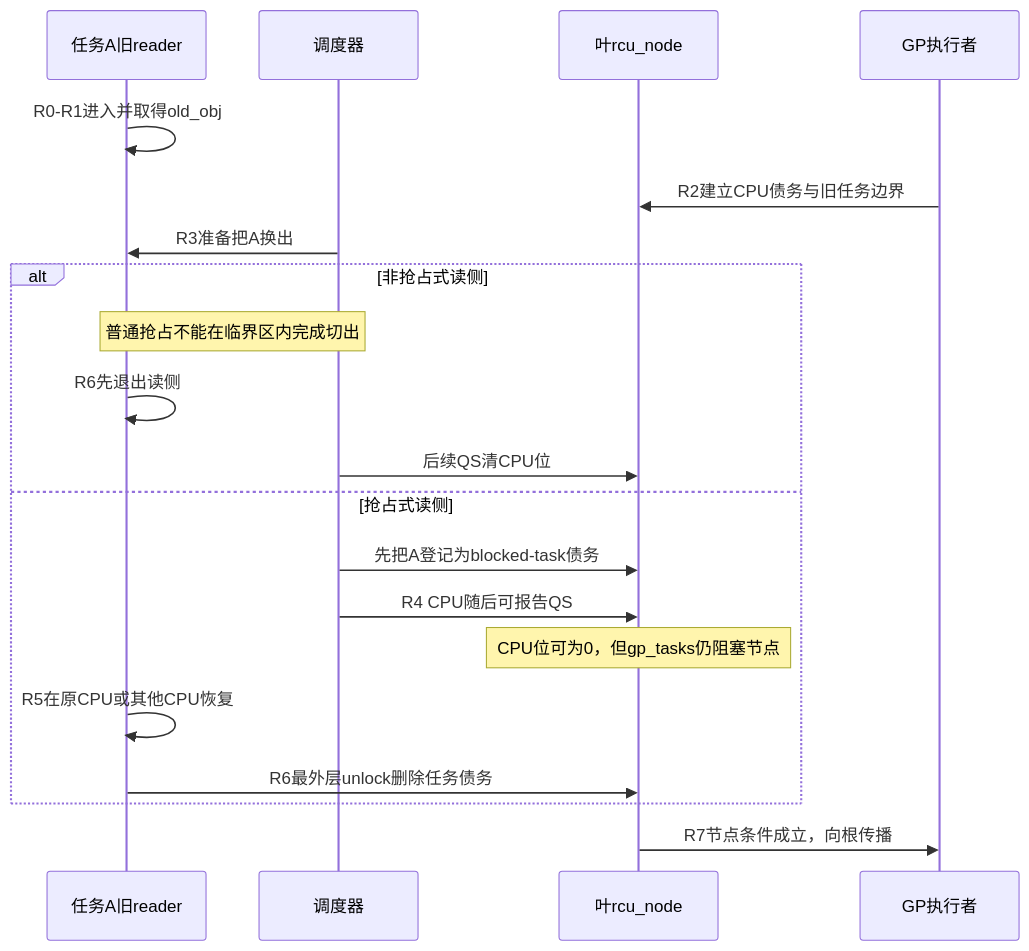
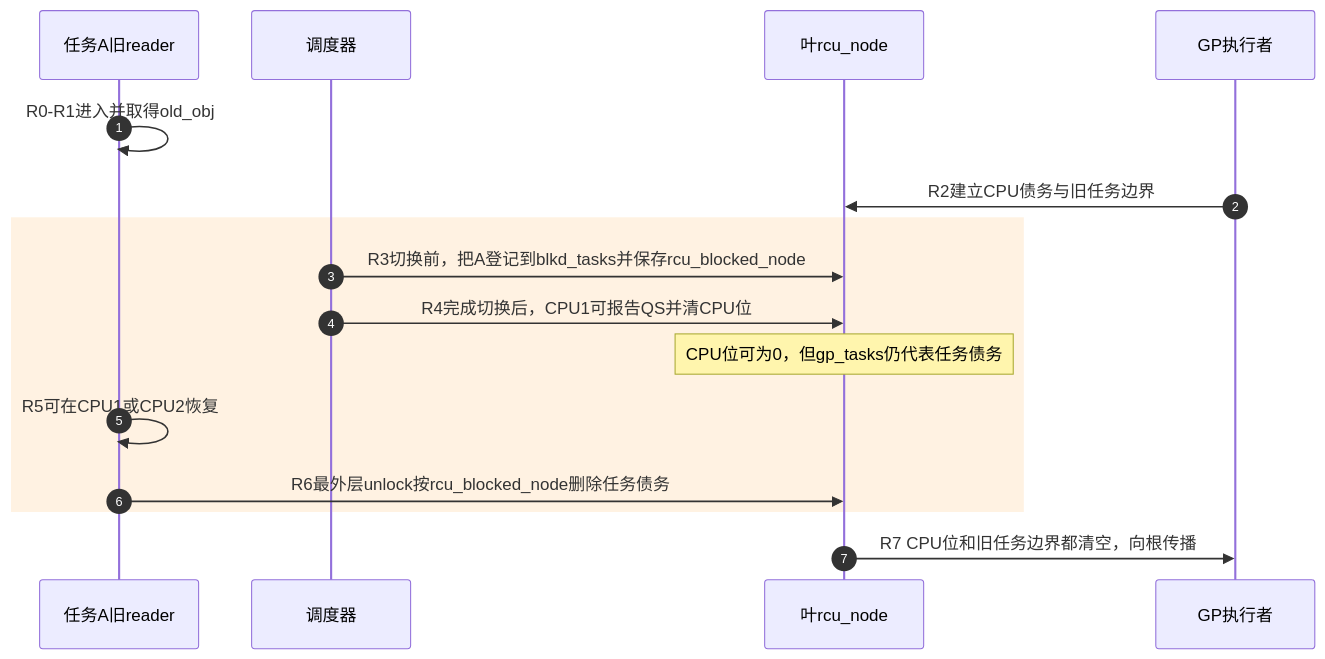
The third of 3 diagrams in knowledge/linux/synchronization_and_asynchrony/synchronization/rcu/P06_Tree_RCU_读侧执行模型与配置差异.md (FormingSystem/linux_note), drawn with Mermaid before and after one commit. The commit also changed other lines of this file and 2 other files, not shown here.

````diff
--- a/knowledge/linux/synchronization_and_asynchrony/synchronization/rcu/P06_Tree_RCU_读侧执行模型与配置差异.md
+++ b/knowledge/linux/synchronization_and_asynchrony/synchronization/rcu/P06_Tree_RCU_读侧执行模型与配置差异.md
@@ -149,23 +232,19 @@
 ```mermaid
 sequenceDiagram
+    autonumber
     participant A as 任务A旧reader
     participant S as 调度器
     participant N as 叶rcu_node
     participant G as GP执行者
 
     A->>A: R0-R1进入并取得old_obj
     G->>N: R2建立CPU债务与旧任务边界
-    S->>A: R3准备把A换出
-    alt 非抢占式读侧
-        Note over S,A: 普通抢占不能在临界区内完成切出
-        A->>A: R6先退出读侧
-        S->>N: 后续QS清CPU位
-    else 抢占式读侧
-        S->>N: 先把A登记为blocked-task债务
-        S->>N: R4 CPU随后可报告QS
-        Note over N: CPU位可为0，但gp_tasks仍阻塞节点
-        A->>A: R5在原CPU或其他CPU恢复
-        A->>N: R6最外层unlock删除任务债务
+    rect rgb(255, 242, 226)
+        S->>N: R3切换前，把A登记到blkd_tasks并保存rcu_blocked_node
+        S->>N: R4完成切换后，CPU1可报告QS并清CPU位
+        Note over N: CPU位可为0，但gp_tasks仍代表任务债务
+        A->>A: R5可在CPU1或CPU2恢复
+        A->>N: R6最外层unlock按rcu_blocked_node删除任务债务
     end
-    N->>G: R7节点条件成立，向根传播
+    N->>G: R7 CPU位和旧任务边界都清空，向根传播
 ```
````
